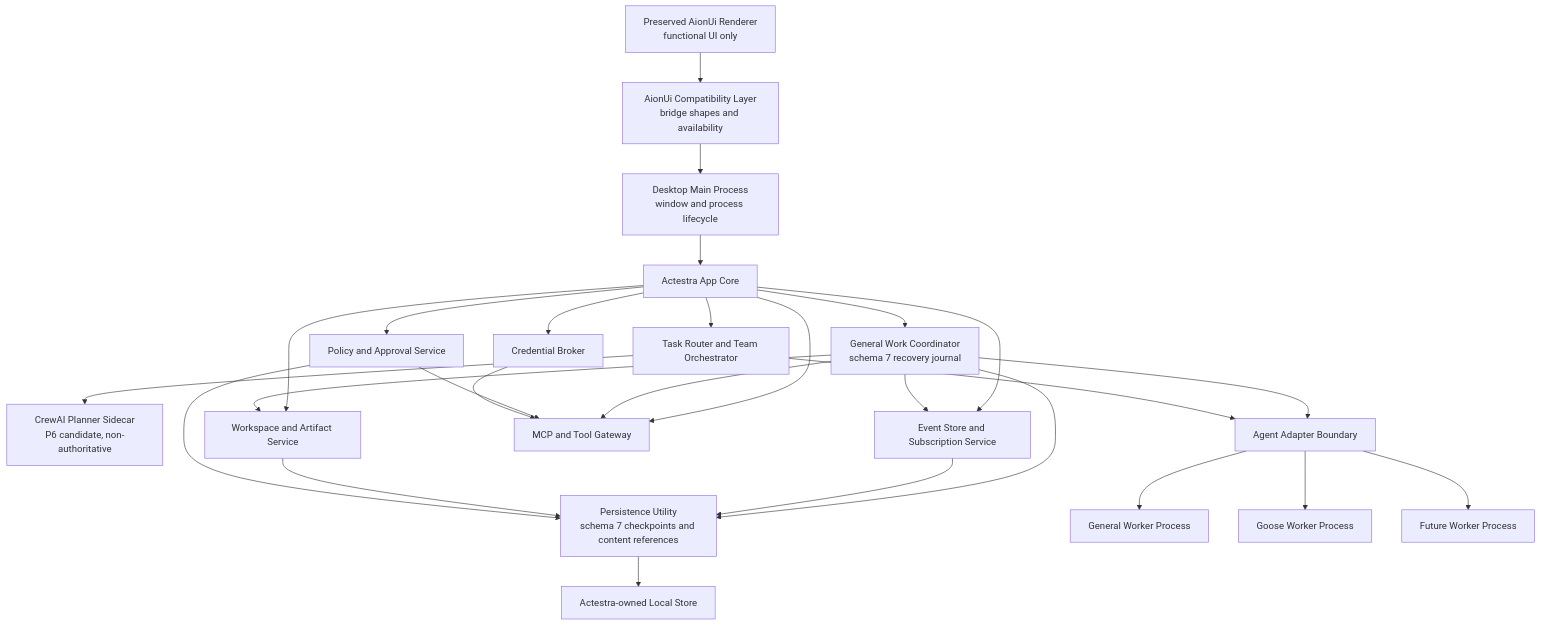
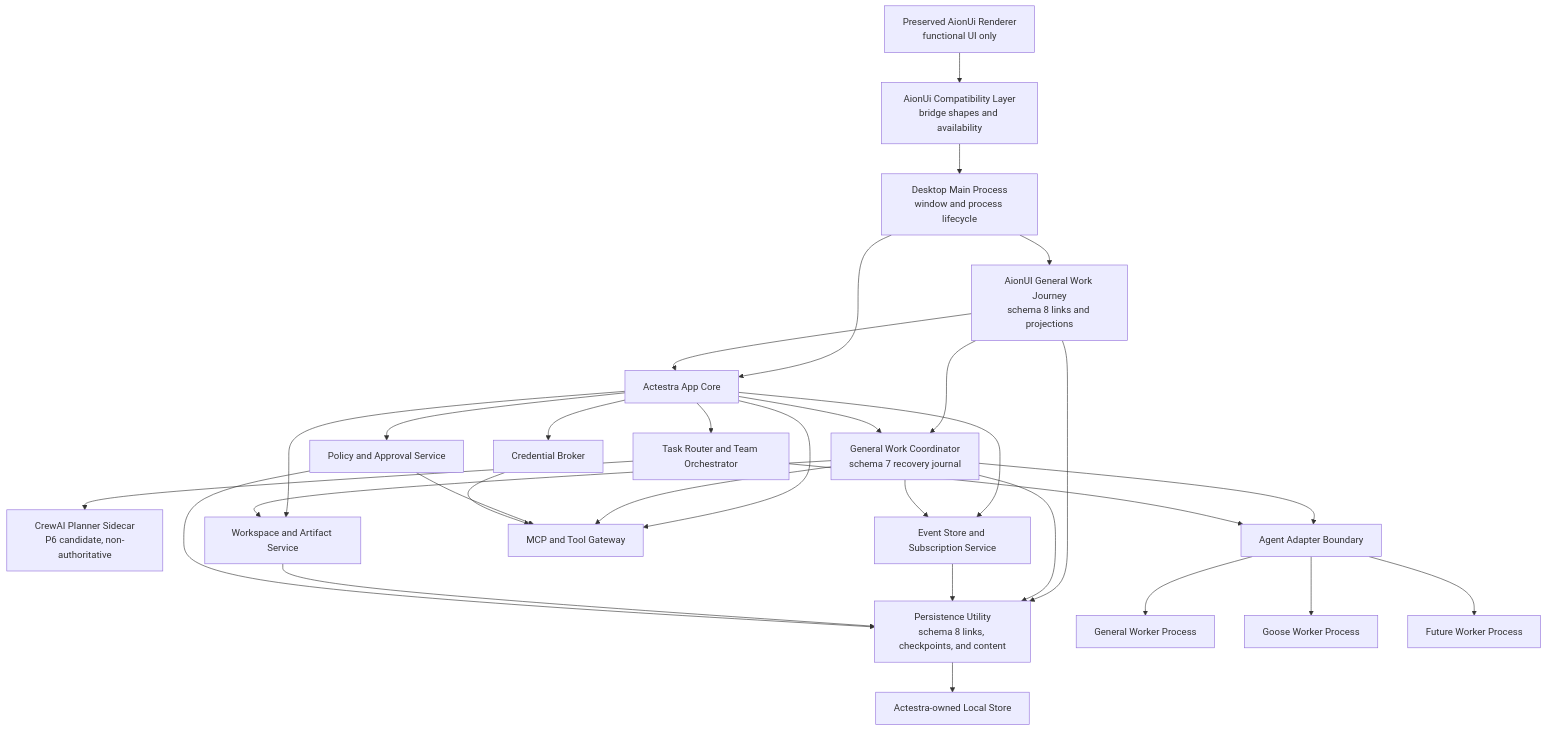
Before and after one commit to Ablankpaper/actestra-desktop: the diagram in docs/architecture/SYSTEM_OVERVIEW.md, drawn with Mermaid. The commit also changed other lines of this file and 45 other files, not shown here.

Commit message:
feat: project general work into preserved AionUI (#14)

````diff
--- a/docs/architecture/SYSTEM_OVERVIEW.md
+++ b/docs/architecture/SYSTEM_OVERVIEW.md
@@ -16,48 +16,53 @@
 ```mermaid
 flowchart TD
     RENDERER["Preserved AionUi Renderer\nfunctional UI only"]
     COMPAT["AionUi Compatibility Layer\nbridge shapes and availability"]
     MAIN["Desktop Main Process\nwindow and process lifecycle"]
     CORE["Actestra App Core"]
+    JOURNEY["AionUI General Work Journey\nschema 8 links and projections"]
     RECOVERY["General Work Coordinator\nschema 7 recovery journal"]
     ROUTER["Task Router and Team Orchestrator"]
     PLANNER["CrewAI Planner Sidecar\nP6 candidate, non-authoritative"]
     POLICY["Policy and Approval Service"]
     EVENTS["Event Store and Subscription Service"]
     ARTIFACTS["Workspace and Artifact Service"]
     CREDS["Credential Broker"]
     TOOLS["MCP and Tool Gateway"]
-    PERSIST["Persistence Utility\nschema 7 checkpoints and content references"]
+    PERSIST["Persistence Utility\nschema 8 links, checkpoints, and content"]
     ADAPTERS["Agent Adapter Boundary"]
     GENERAL["General Worker Process"]
     GOOSE["Goose Worker Process"]
     FUTURE["Future Worker Process"]
     STORE["Actestra-owned Local Store"]
 
     RENDERER --> COMPAT
     COMPAT --> MAIN
     MAIN --> CORE
+    MAIN --> JOURNEY
+    JOURNEY --> CORE
+    JOURNEY --> RECOVERY
+    JOURNEY --> PERSIST
     CORE --> RECOVERY
     CORE --> ROUTER
     CORE --> POLICY
     CORE --> EVENTS
     CORE --> ARTIFACTS
     CORE --> CREDS
     CORE --> TOOLS
     RECOVERY --> EVENTS
     RECOVERY --> ARTIFACTS
     RECOVERY --> TOOLS
     RECOVERY --> ADAPTERS
     RECOVERY --> PERSIST
     ROUTER --> ADAPTERS
     ROUTER --> PLANNER
     ADAPTERS --> GENERAL
     ADAPTERS --> GOOSE
     ADAPTERS --> FUTURE
     POLICY --> TOOLS
     CREDS --> TOOLS
     EVENTS --> PERSIST
     ARTIFACTS --> PERSIST
     POLICY --> PERSIST
     PERSIST --> STORE
 ```
````
